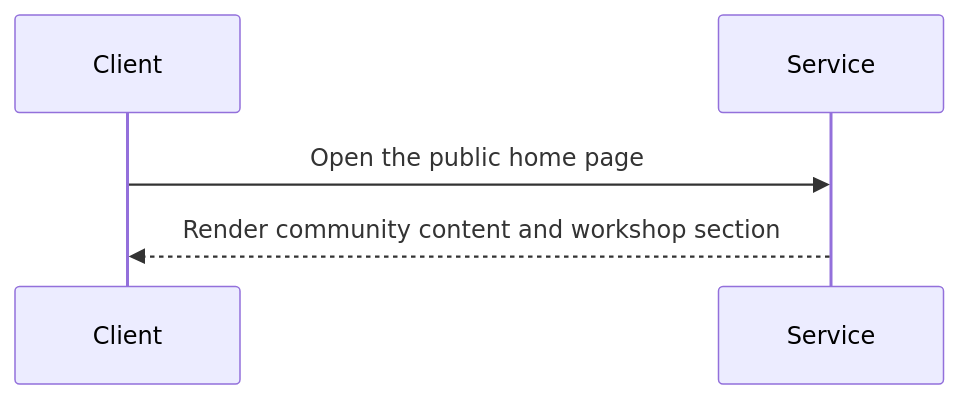
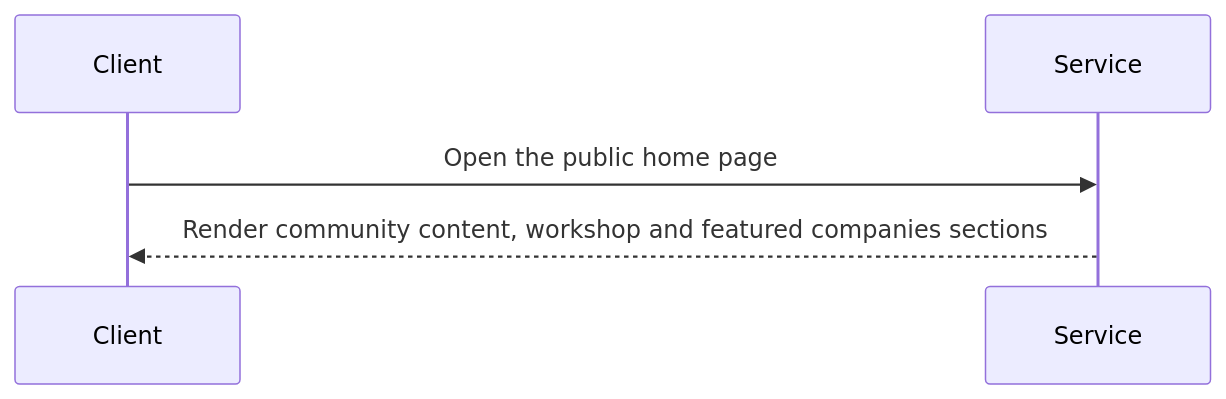
The diagram in docs/home/README.md (NicolasMG-dev/Epic-4---IS), drawn with Mermaid before and after one commit. The commit also changed other lines of this file and 153 other files, not shown here.

````diff
--- a/docs/home/README.md
+++ b/docs/home/README.md
@@ -11,7 +11,7 @@
 ```mermaid
 sequenceDiagram
   participant C as Client
   participant M as Service
   C->>M: Open the public home page
-  M-->>C: Render community content and workshop section
+  M-->>C: Render community content, workshop and featured companies sections
 ```
````
